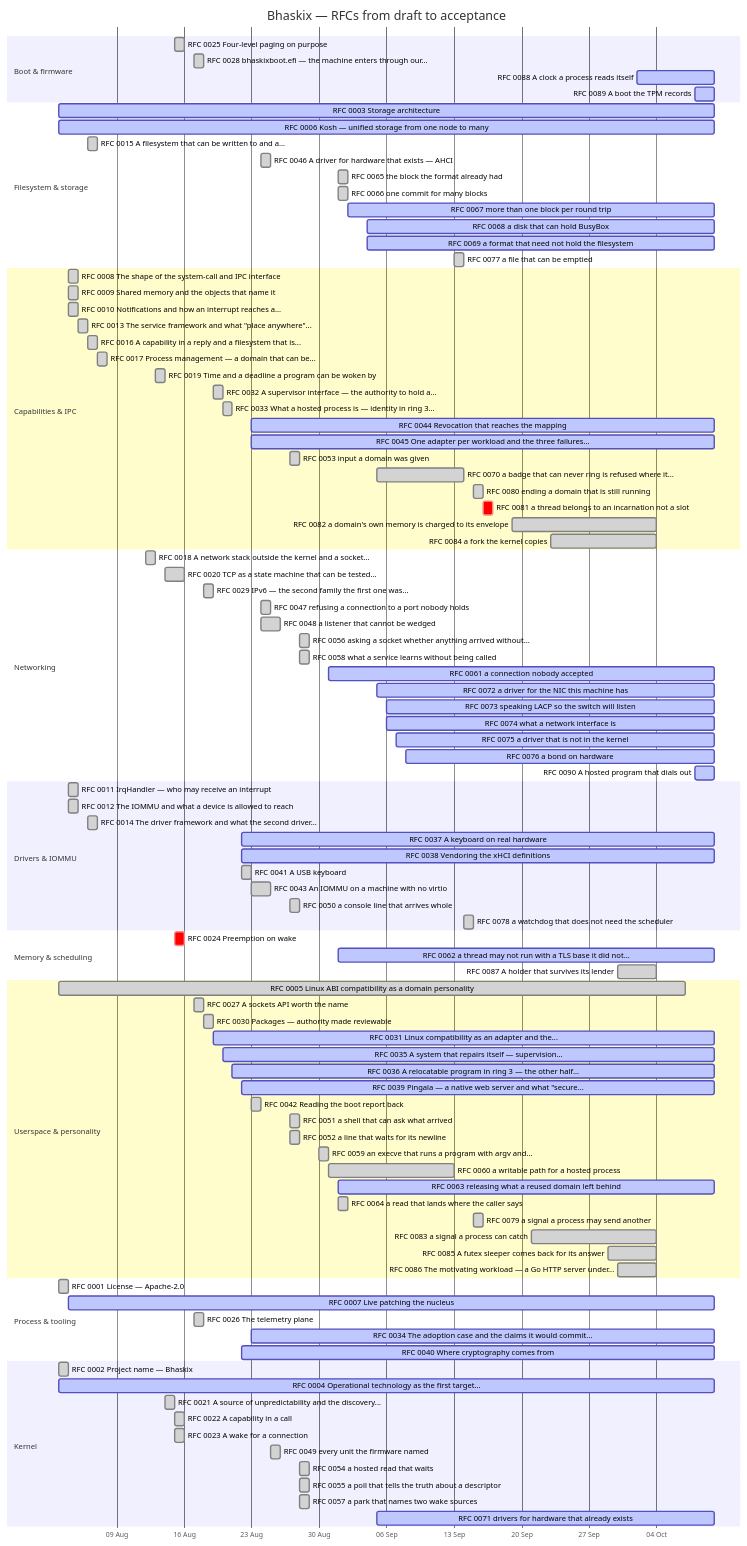
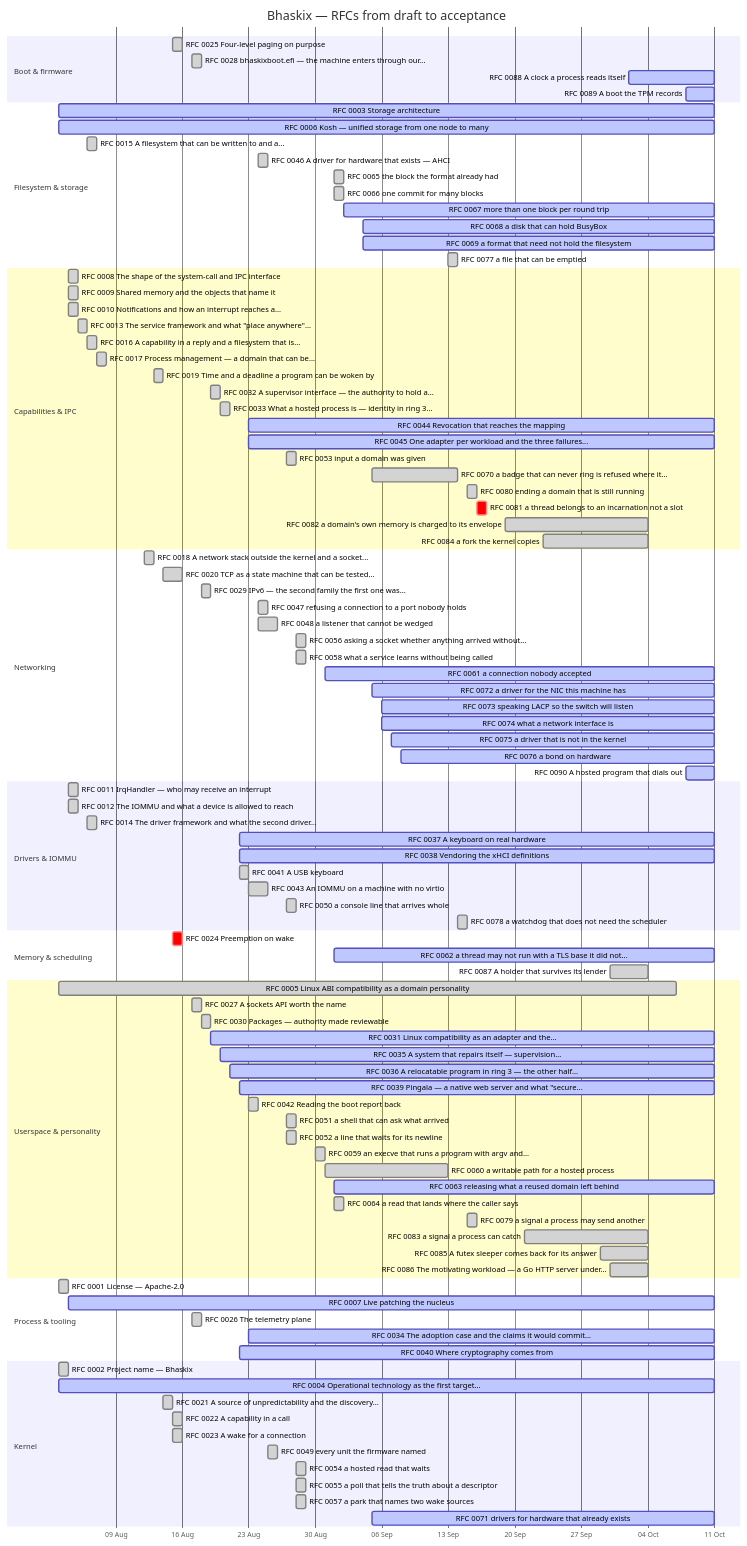
Before and after one commit to bhaskix/bhaskix: the diagram in docs/progress.md, drawn with Mermaid. The commit also changed other lines of this file and 2 other files, not shown here.

Commit message:
docs: correct "the SR550 reaches a shell" -- it was not observed
Yesterday's headline rested on "this shell is the kernel", which is the
banner of a shell self-test partway through the report, not the boot
reaching a shell. The fifth and sixth native boots were both restored
seconds after it, about 49 KB into a report that runs to 117 KB under
Limine and ends "a user-mode shell. 'help' lists what it can do." So
whether this path reaches the shell was never seen. Corrected where it
stood in TRACKER and the release notes, and in the boot tooling, whose
end-detection took the banner for the end.

The sixth boot established three things: caching 0 of 15 secondaries
arrived off, so that linux proc candidate is ruled out on the machine;
the I/O APIC read-back took its masked branch and the boot went on, so
that row closes; and linux proc failed for the fourth time of four.

````diff
--- a/docs/progress.md
+++ b/docs/progress.md
@@ -30,18 +30,18 @@
     section Boot & firmware
     RFC 0025 Four-level paging on purpose :done, r0025, 2026-08-15, 2026-08-16
     RFC 0028 bhaskixboot.efi — the machine enters through our... :done, r0028, 2026-08-17, 2026-08-18
-    RFC 0088 A clock a process reads itself :active, r0088, 2026-10-02, 2026-10-10
-    RFC 0089 A boot the TPM records :active, r0089, 2026-10-08, 2026-10-10
+    RFC 0088 A clock a process reads itself :active, r0088, 2026-10-02, 2026-10-11
+    RFC 0089 A boot the TPM records :active, r0089, 2026-10-08, 2026-10-11
     section Filesystem & storage
-    RFC 0003 Storage architecture :active, r0003, 2026-08-03, 2026-10-10
-    RFC 0006 Kosh — unified storage from one node to many :active, r0006, 2026-08-03, 2026-10-10
+    RFC 0003 Storage architecture :active, r0003, 2026-08-03, 2026-10-11
+    RFC 0006 Kosh — unified storage from one node to many :active, r0006, 2026-08-03, 2026-10-11
     RFC 0015 A filesystem that can be written to and a... :done, r0015, 2026-08-06, 1d
     RFC 0046 A driver for hardware that exists — AHCI :done, r0046, 2026-08-24, 1d
     RFC 0065 the block the format already had :done, r0065, 2026-09-01, 1d
     RFC 0066 one commit for many blocks :done, r0066, 2026-09-01, 1d
-    RFC 0067 more than one block per round trip :active, r0067, 2026-09-02, 2026-10-10
-    RFC 0068 a disk that can hold BusyBox :active, r0068, 2026-09-04, 2026-10-10
-    RFC 0069 a format that need not hold the filesystem :active, r0069, 2026-09-04, 2026-10-10
+    RFC 0067 more than one block per round trip :active, r0067, 2026-09-02, 2026-10-11
+    RFC 0068 a disk that can hold BusyBox :active, r0068, 2026-09-04, 2026-10-11
+    RFC 0069 a format that need not hold the filesystem :active, r0069, 2026-09-04, 2026-10-11
     RFC 0077 a file that can be emptied :done, r0077, 2026-09-13, 1d
     section Capabilities & IPC
     RFC 0008 The shape of the system-call and IPC interface :done, r0008, 2026-08-04, 1d
@@ -53,8 +53,8 @@
     RFC 0019 Time and a deadline a program can be woken by :done, r0019, 2026-08-13, 2026-08-14
     RFC 0032 A supervisor interface — the authority to hold a... :done, r0032, 2026-08-19, 2026-08-20
     RFC 0033 What a hosted process is — identity in ring 3... :done, r0033, 2026-08-20, 1d
-    RFC 0044 Revocation that reaches the mapping :active, r0044, 2026-08-23, 2026-10-10
-    RFC 0045 One adapter per workload and the three failures... :active, r0045, 2026-08-23, 2026-10-10
+    RFC 0044 Revocation that reaches the mapping :active, r0044, 2026-08-23, 2026-10-11
+    RFC 0045 One adapter per workload and the three failures... :active, r0045, 2026-08-23, 2026-10-11
     RFC 0053 input a domain was given :done, r0053, 2026-08-27, 1d
     RFC 0070 a badge that can never ring is refused where it... :done, r0070, 2026-09-05, 2026-09-14
     RFC 0080 ending a domain that is still running :done, r0080, 2026-09-15, 1d
@@ -69,41 +69,41 @@
     RFC 0048 a listener that cannot be wedged :done, r0048, 2026-08-24, 2026-08-26
     RFC 0056 asking a socket whether anything arrived without... :done, r0056, 2026-08-28, 1d
     RFC 0058 what a service learns without being called :done, r0058, 2026-08-28, 1d
-    RFC 0061 a connection nobody accepted :active, r0061, 2026-08-31, 2026-10-10
-    RFC 0072 a driver for the NIC this machine has :active, r0072, 2026-09-05, 2026-10-10
-    RFC 0073 speaking LACP so the switch will listen :active, r0073, 2026-09-06, 2026-10-10
-    RFC 0074 what a network interface is :active, r0074, 2026-09-06, 2026-10-10
-    RFC 0075 a driver that is not in the kernel :active, r0075, 2026-09-07, 2026-10-10
-    RFC 0076 a bond on hardware :active, r0076, 2026-09-08, 2026-10-10
-    RFC 0090 A hosted program that dials out :active, r0090, 2026-10-08, 2026-10-10
+    RFC 0061 a connection nobody accepted :active, r0061, 2026-08-31, 2026-10-11
+    RFC 0072 a driver for the NIC this machine has :active, r0072, 2026-09-05, 2026-10-11
+    RFC 0073 speaking LACP so the switch will listen :active, r0073, 2026-09-06, 2026-10-11
+    RFC 0074 what a network interface is :active, r0074, 2026-09-06, 2026-10-11
+    RFC 0075 a driver that is not in the kernel :active, r0075, 2026-09-07, 2026-10-11
+    RFC 0076 a bond on hardware :active, r0076, 2026-09-08, 2026-10-11
+    RFC 0090 A hosted program that dials out :active, r0090, 2026-10-08, 2026-10-11
     section Drivers & IOMMU
     RFC 0011 IrqHandler — who may receive an interrupt :done, r0011, 2026-08-04, 1d
     RFC 0012 The IOMMU and what a device is allowed to reach :done, r0012, 2026-08-04, 1d
     RFC 0014 The driver framework and what the second driver... :done, r0014, 2026-08-06, 1d
-    RFC 0037 A keyboard on real hardware :active, r0037, 2026-08-22, 2026-10-10
-    RFC 0038 Vendoring the xHCI definitions :active, r0038, 2026-08-22, 2026-10-10
+    RFC 0037 A keyboard on real hardware :active, r0037, 2026-08-22, 2026-10-11
+    RFC 0038 Vendoring the xHCI definitions :active, r0038, 2026-08-22, 2026-10-11
     RFC 0041 A USB keyboard :done, r0041, 2026-08-22, 2026-08-23
     RFC 0043 An IOMMU on a machine with no virtio :done, r0043, 2026-08-23, 2026-08-25
     RFC 0050 a console line that arrives whole :done, r0050, 2026-08-27, 1d
     RFC 0078 a watchdog that does not need the scheduler :done, r0078, 2026-09-14, 2026-09-15
     section Memory & scheduling
     RFC 0024 Preemption on wake :crit, r0024, 2026-08-15, 1d
-    RFC 0062 a thread may not run with a TLS base it did not... :active, r0062, 2026-09-01, 2026-10-10
+    RFC 0062 a thread may not run with a TLS base it did not... :active, r0062, 2026-09-01, 2026-10-11
     RFC 0087 A holder that survives its lender :done, r0087, 2026-09-30, 2026-10-04
     section Userspace & personality
     RFC 0005 Linux ABI compatibility as a domain personality :done, r0005, 2026-08-03, 2026-10-07
     RFC 0027 A sockets API worth the name :done, r0027, 2026-08-17, 1d
     RFC 0030 Packages — authority made reviewable :done, r0030, 2026-08-18, 2026-08-19
-    RFC 0031 Linux compatibility as an adapter and the... :active, r0031, 2026-08-19, 2026-10-10
-    RFC 0035 A system that repairs itself — supervision... :active, r0035, 2026-08-20, 2026-10-10
-    RFC 0036 A relocatable program in ring 3 — the other half... :active, r0036, 2026-08-21, 2026-10-10
-    RFC 0039 Pingala — a native web server and what "secure... :active, r0039, 2026-08-22, 2026-10-10
+    RFC 0031 Linux compatibility as an adapter and the... :active, r0031, 2026-08-19, 2026-10-11
+    RFC 0035 A system that repairs itself — supervision... :active, r0035, 2026-08-20, 2026-10-11
+    RFC 0036 A relocatable program in ring 3 — the other half... :active, r0036, 2026-08-21, 2026-10-11
+    RFC 0039 Pingala — a native web server and what "secure... :active, r0039, 2026-08-22, 2026-10-11
     RFC 0042 Reading the boot report back :done, r0042, 2026-08-23, 1d
     RFC 0051 a shell that can ask what arrived :done, r0051, 2026-08-27, 1d
     RFC 0052 a line that waits for its newline :done, r0052, 2026-08-27, 1d
     RFC 0059 an execve that runs a program with argv and... :done, r0059, 2026-08-30, 1d
     RFC 0060 a writable path for a hosted process :done, r0060, 2026-08-31, 2026-09-13
-    RFC 0063 releasing what a reused domain left behind :active, r0063, 2026-09-01, 2026-10-10
+    RFC 0063 releasing what a reused domain left behind :active, r0063, 2026-09-01, 2026-10-11
     RFC 0064 a read that lands where the caller says :done, r0064, 2026-09-01, 1d
     RFC 0079 a signal a process may send another :done, r0079, 2026-09-15, 1d
     RFC 0083 a signal a process can catch :done, r0083, 2026-09-21, 2026-10-04
@@ -111,13 +111,13 @@
     RFC 0086 The motivating workload — a Go HTTP server under... :done, r0086, 2026-09-30, 2026-10-04
     section Process & tooling
     RFC 0001 License — Apache-2.0 :done, r0001, 2026-08-03, 1d
-    RFC 0007 Live patching the nucleus :active, r0007, 2026-08-04, 2026-10-10
+    RFC 0007 Live patching the nucleus :active, r0007, 2026-08-04, 2026-10-11
     RFC 0026 The telemetry plane :done, r0026, 2026-08-17, 1d
-    RFC 0034 The adoption case and the claims it would commit... :active, r0034, 2026-08-23, 2026-10-10
-    RFC 0040 Where cryptography comes from :active, r0040, 2026-08-22, 2026-10-10
+    RFC 0034 The adoption case and the claims it would commit... :active, r0034, 2026-08-23, 2026-10-11
+    RFC 0040 Where cryptography comes from :active, r0040, 2026-08-22, 2026-10-11
     section Kernel
     RFC 0002 Project name — Bhaskix :done, r0002, 2026-08-03, 1d
-    RFC 0004 Operational technology as the first target... :active, r0004, 2026-08-03, 2026-10-10
+    RFC 0004 Operational technology as the first target... :active, r0004, 2026-08-03, 2026-10-11
     RFC 0021 A source of unpredictability and the discovery... :done, r0021, 2026-08-14, 1d
     RFC 0022 A capability in a call :done, r0022, 2026-08-15, 2026-08-16
     RFC 0023 A wake for a connection :done, r0023, 2026-08-15, 2026-08-16
@@ -125,5 +125,5 @@
     RFC 0054 a hosted read that waits :done, r0054, 2026-08-28, 1d
     RFC 0055 a poll that tells the truth about a descriptor :done, r0055, 2026-08-28, 1d
     RFC 0057 a park that names two wake sources :done, r0057, 2026-08-28, 1d
-    RFC 0071 drivers for hardware that already exists :active, r0071, 2026-09-05, 2026-10-10
+    RFC 0071 drivers for hardware that already exists :active, r0071, 2026-09-05, 2026-10-11
 ```
````
